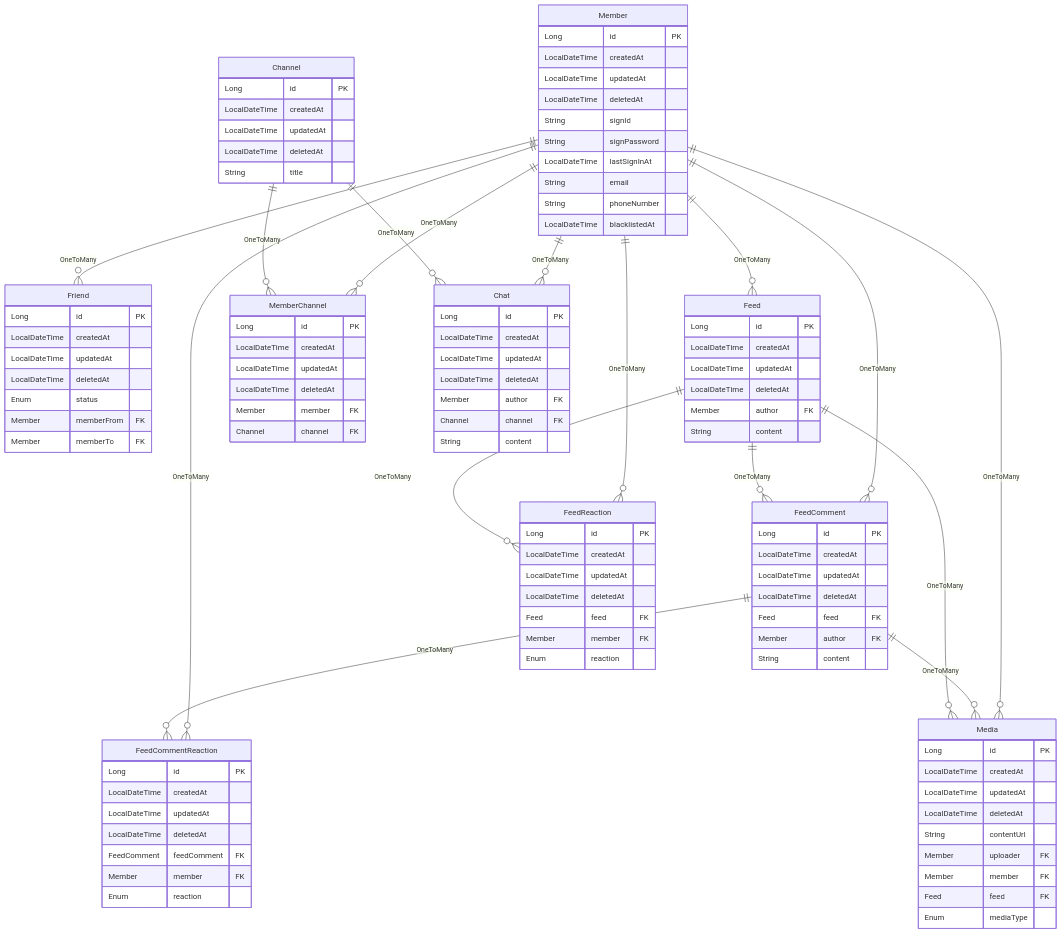
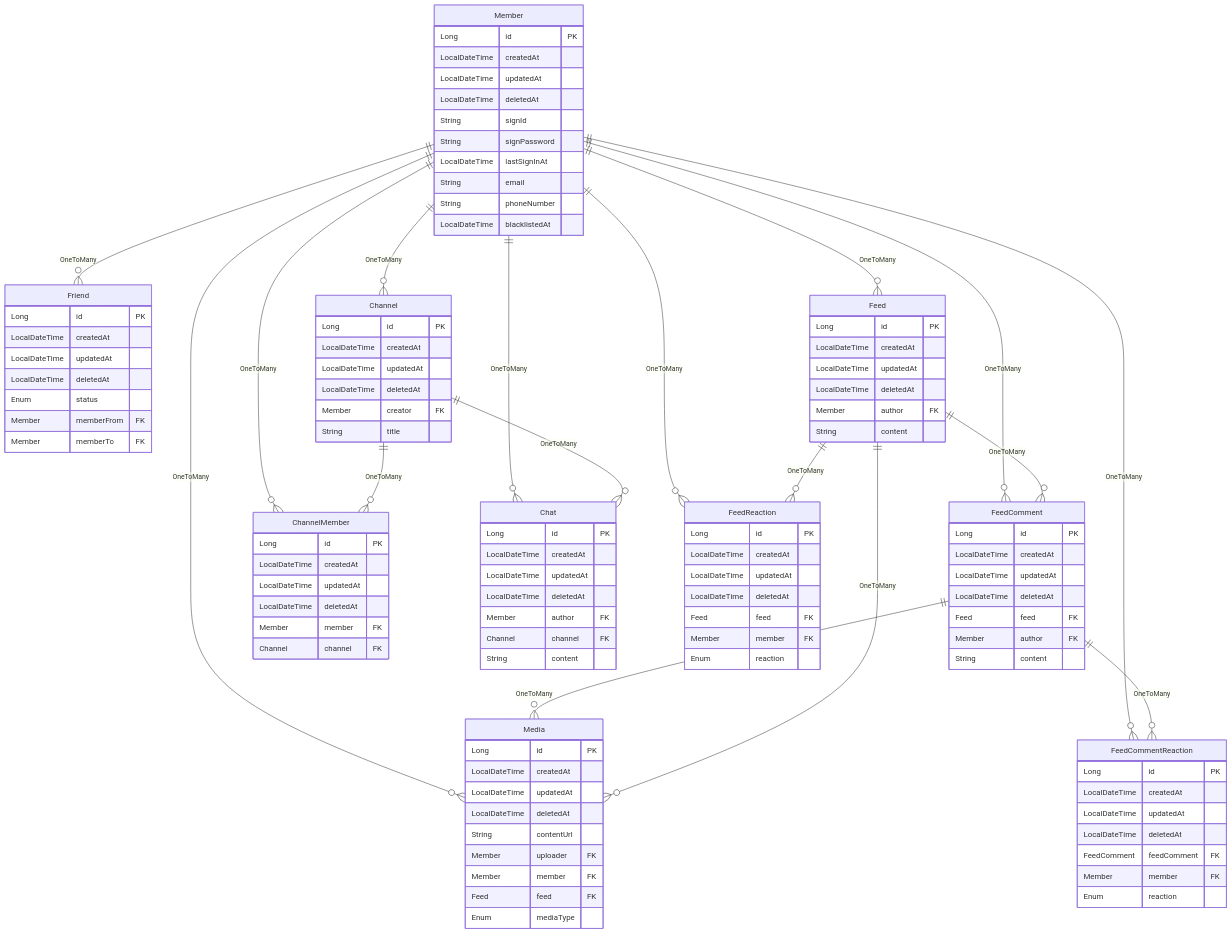
One commit to byeongminbae/fakebook changed the diagram in README.md. Above: the diagram before and after it, drawn with Mermaid.

```diff
--- a/README.md
+++ b/README.md
@@ -27,14 +27,15 @@
 Member ||--o{ Friend : OneToMany
 Member ||--o{ Feed : OneToMany
 Member ||--o{ FeedComment : OneToMany
-Member ||--o{ MemberChannel :OneToMany
+Member ||--o{ ChannelMember :OneToMany
 Member ||--o{ Chat : OneToMany
 Member ||--o{ FeedCommentReaction : OneToMany
 Member ||--o{ FeedReaction : OneToMany
 Member ||--o{ Media : OneToMany
 FeedComment ||--o{ Media: OneToMany
 FeedComment ||--o{ FeedCommentReaction : OneToMany
-Channel ||--o{ MemberChannel :OneToMany
+Channel ||--o{ ChannelMember :OneToMany
+Member ||--o{ Channel :OneToMany
 Feed ||--o{ FeedComment : OneToMany 
 Feed ||--o{ FeedReaction : OneToMany
 Feed ||--o{ Media: OneToMany
@@ -83,7 +84,7 @@
 	String content
 }
 
-MemberChannel{
+ChannelMember{
 	Long id PK
 	LocalDateTime createdAt
 	LocalDateTime updatedAt
@@ -97,8 +98,8 @@
 	LocalDateTime createdAt
 	LocalDateTime updatedAt
 	LocalDateTime deletedAt
+	Member creator FK
 	String title
-	
 }
 
 Chat{
```
